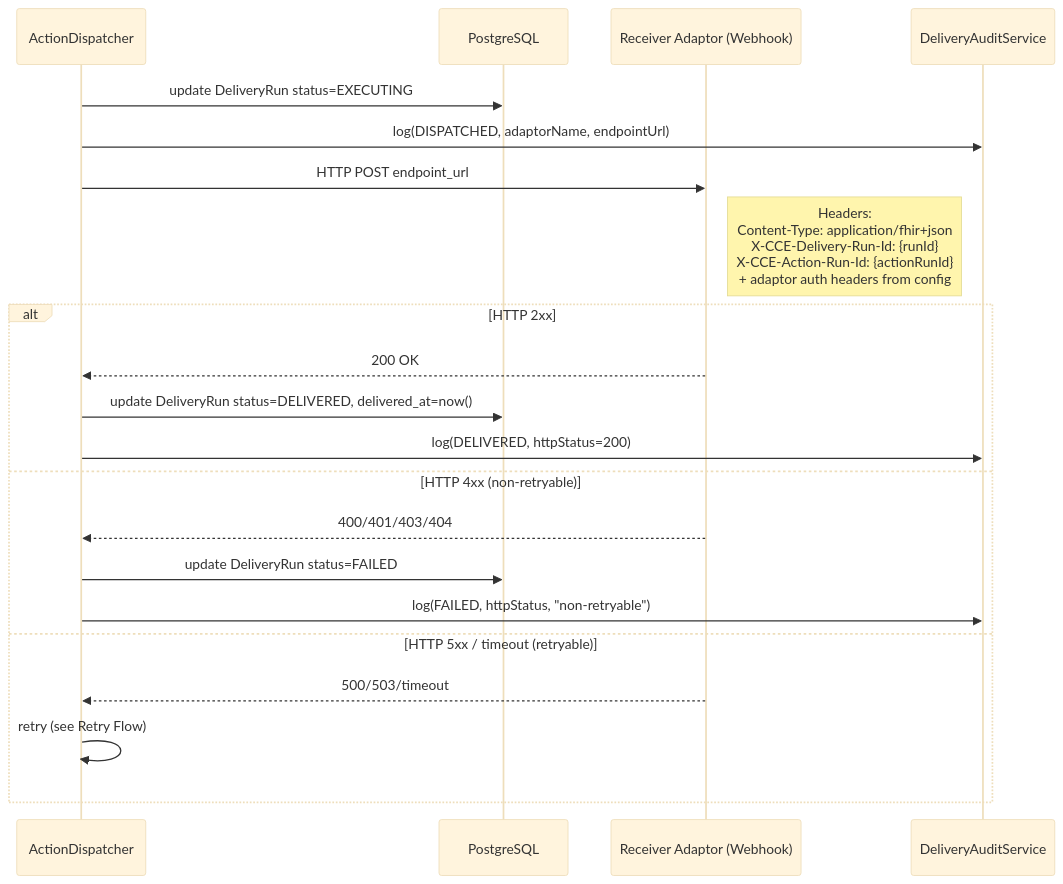
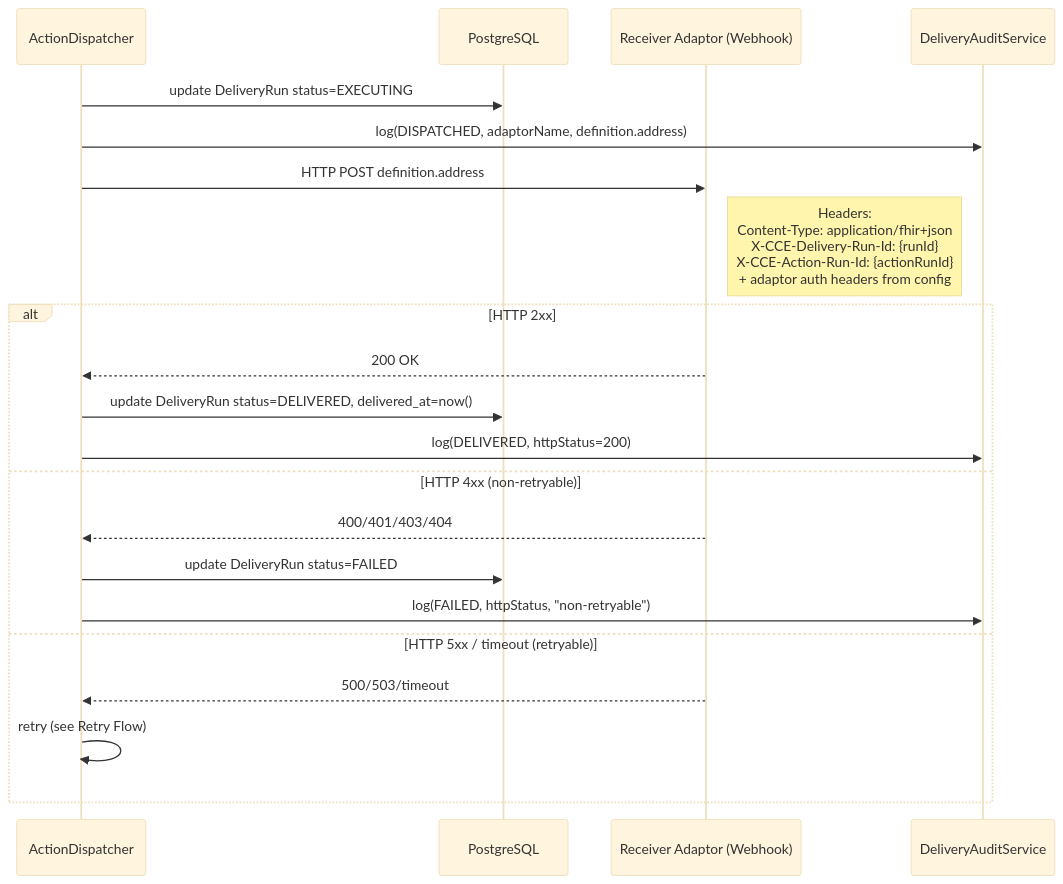
Before and after one commit to Jayaprakash8887/cce-intelligence-service: the sixth of 13 diagrams in docs/flow-diagrams.md, drawn with Mermaid (base theme). The commit also changed 4 other files, not shown here.

Commit message:
receiver_adaptor table update to store FHIR compliant definition

````diff
--- a/docs/flow-diagrams.md
+++ b/docs/flow-diagrams.md
@@ -206,26 +206,26 @@
 ```mermaid
 sequenceDiagram
     participant Dispatcher as ActionDispatcher
     participant DB as PostgreSQL
     participant Adaptor as Receiver Adaptor (Webhook)
     participant Audit as DeliveryAuditService
 
     Dispatcher->>DB: update DeliveryRun status=EXECUTING
-    Dispatcher->>Audit: log(DISPATCHED, adaptorName, endpointUrl)
+    Dispatcher->>Audit: log(DISPATCHED, adaptorName, definition.address)
 
-    Dispatcher->>Adaptor: HTTP POST endpoint_url
+    Dispatcher->>Adaptor: HTTP POST definition.address
     Note right of Adaptor: Headers:<br/>Content-Type: application/fhir+json<br/>X-CCE-Delivery-Run-Id: {runId}<br/>X-CCE-Action-Run-Id: {actionRunId}<br/>+ adaptor auth headers from config
 
     alt HTTP 2xx
         Adaptor-->>Dispatcher: 200 OK
         Dispatcher->>DB: update DeliveryRun status=DELIVERED, delivered_at=now()
         Dispatcher->>Audit: log(DELIVERED, httpStatus=200)
     else HTTP 4xx (non-retryable)
         Adaptor-->>Dispatcher: 400/401/403/404
         Dispatcher->>DB: update DeliveryRun status=FAILED
         Dispatcher->>Audit: log(FAILED, httpStatus, "non-retryable")
     else HTTP 5xx / timeout (retryable)
         Adaptor-->>Dispatcher: 500/503/timeout
         Dispatcher->>Dispatcher: retry (see Retry Flow)
     end
 ```
````
